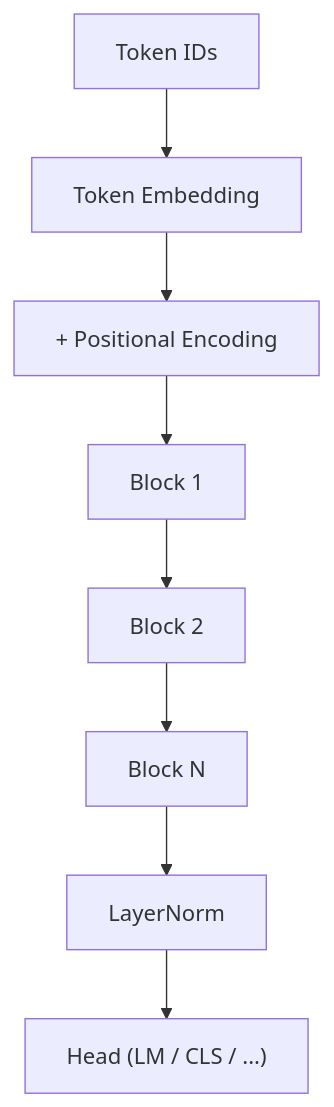
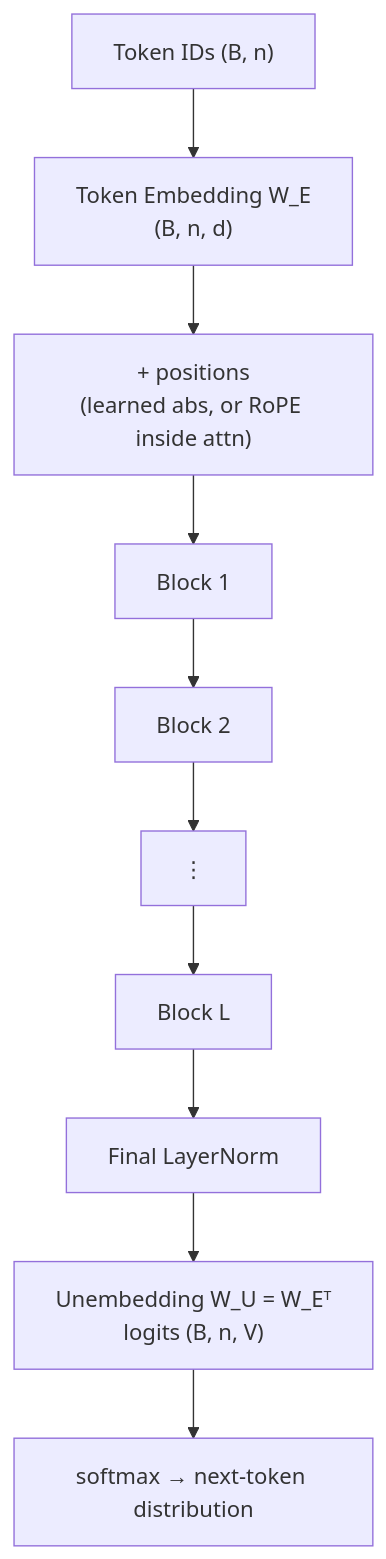
Before and after one commit to ABHIRAM3007/itp: the first of 3 diagrams in roadmap/phase-2-deep-learning/10-transformer.md, drawn with Mermaid. The commit also changed other lines of this file and 19 other files, not shown here.

````diff
--- a/roadmap/phase-2-deep-learning/10-transformer.md
+++ b/roadmap/phase-2-deep-learning/10-transformer.md
@@ -72,8 +166,12 @@
 ```mermaid
 flowchart TB
-    T["Token IDs"] --> E["Token Embedding"]
-    E --> P["+ Positional Encoding"]
-    P --> B1["Block 1"] --> B2["Block 2"] --> BN["Block N"]
-    BN --> LN["LayerNorm"]
-    LN --> H["Head (LM / CLS / ...)"]
+    T["Token IDs (B, n)"] --> E["Token Embedding W_E\n(B, n, d)"]
+    E --> P["+ positions\n(learned abs, or RoPE inside attn)"]
+    P --> B1["Block 1"]
+    B1 --> B2["Block 2"]
+    B2 --> DOT["⋮"]
+    DOT --> BL["Block L"]
+    BL --> FLN["Final LayerNorm"]
+    FLN --> U["Unembedding W_U = W_Eᵀ\nlogits (B, n, V)"]
+    U --> SM["softmax → next-token distribution"]
 ```
````
